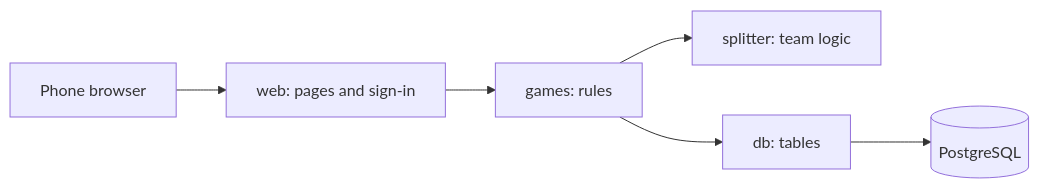
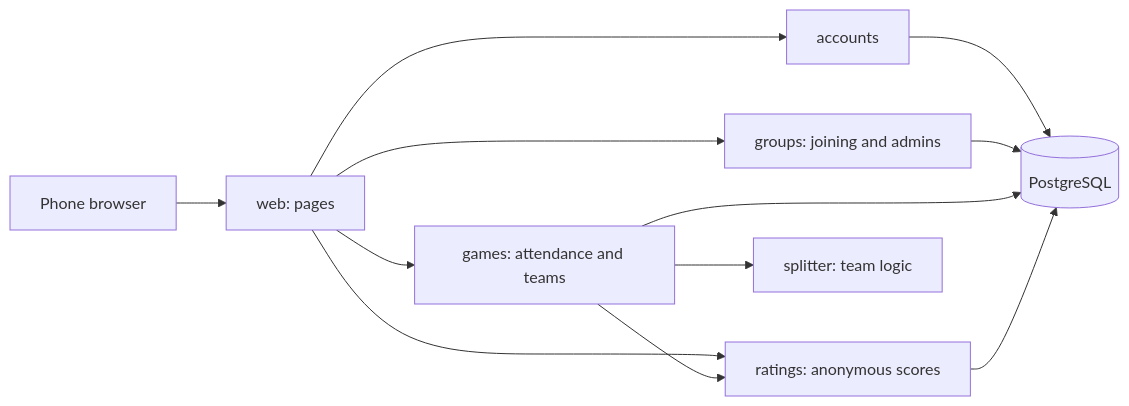
The diagram in README.md (ishrakk/make-the-teams), drawn with Mermaid before and after one commit. The commit also changed other lines of this file and 54 other files, not shown here.

First line of the commit message:
Add accounts, admin-approved groups, attendance votes and anonymous ratings

````diff
--- a/README.md
+++ b/README.md
@@ -10,8 +12,14 @@
 ```mermaid
 flowchart LR
-    phone[Phone browser] --> web[web: pages and sign-in]
-    web --> games[games: rules]
+    phone[Phone browser] --> web[web: pages]
+    web --> accounts[accounts]
+    web --> groups[groups: joining and admins]
+    web --> games[games: attendance and teams]
+    web --> ratings[ratings: anonymous scores]
+    games --> ratings
     games --> splitter[splitter: team logic]
-    games --> db[db: tables]
-    db --> pg[(PostgreSQL)]
+    accounts --> pg[(PostgreSQL)]
+    groups --> pg
+    games --> pg
+    ratings --> pg
 ```
````
